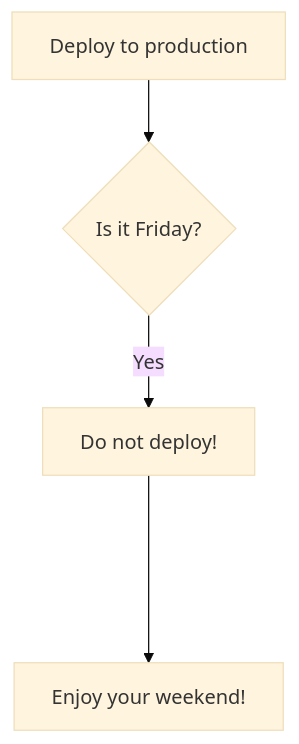
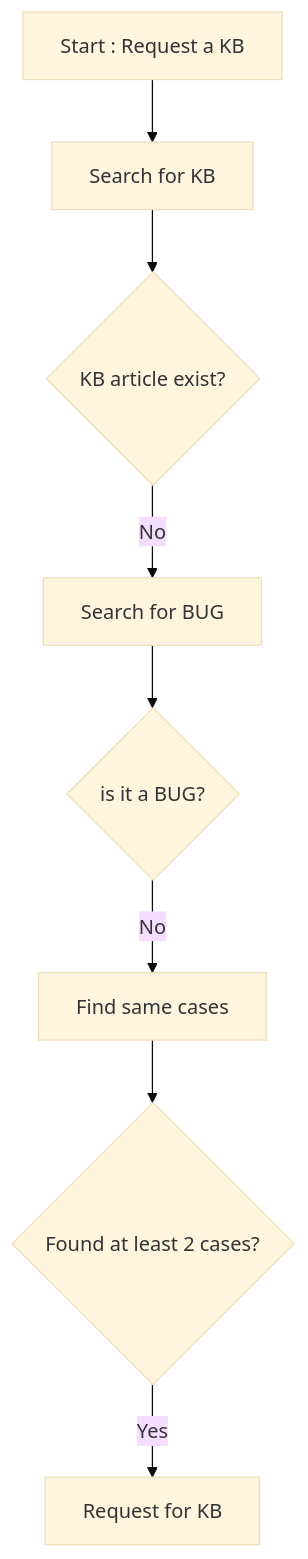
One commit to alexvea/KB changed the diagram in README.md. Above: the diagram before and after it, drawn with Mermaid (base theme).

````diff
--- a/README.md
+++ b/README.md
@@ -103,6 +103,10 @@
 ```mermaid
 flowchart TD
-A[Deploy to production] --> B{Is it Friday?};
-B -- Yes --> C[Do not deploy!];
-C ----> E[Enjoy your weekend!];
+A[Start : Request a KB] --> B[Search for KB];
+B[Search for KB] --> C{KB article exist?};
+C -- No --> D[Search for BUG];
+D[Search for BUG] --> E{is it a BUG?};
+E -- No --> F[Find same cases];
+F[Find same cases] --> G{Found at least 2 cases?};
+G -- Yes --> H[Request for KB];
 ```
````
